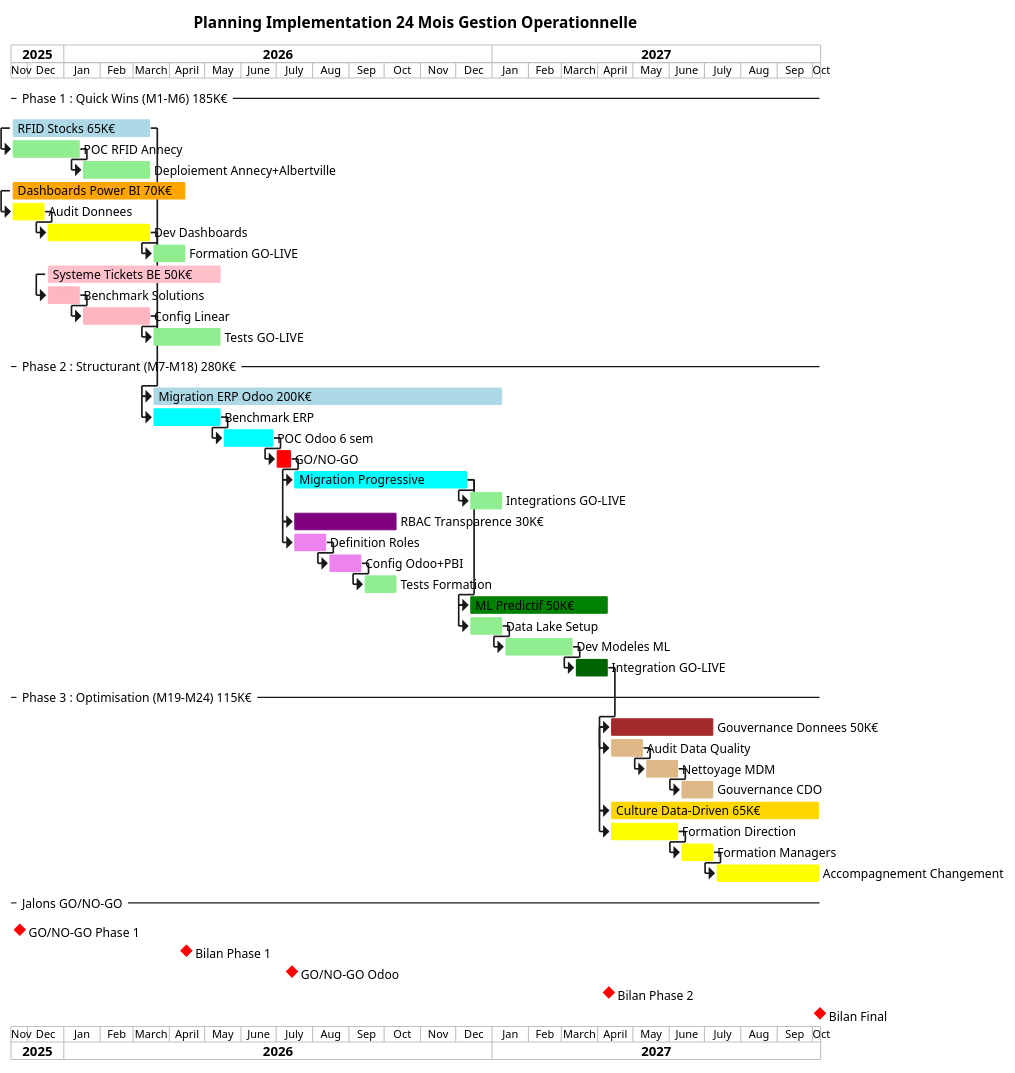
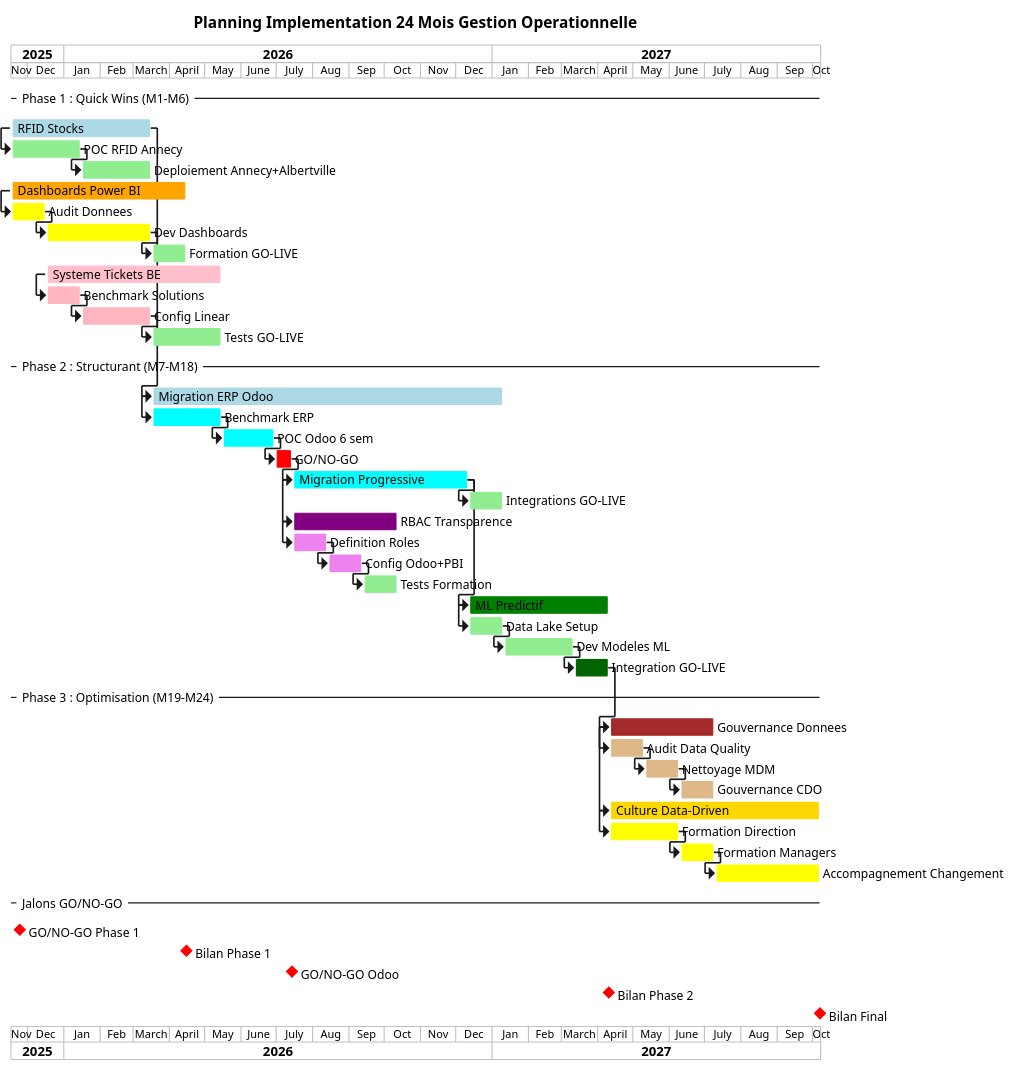
One commit to JordanSerafini/Audit_Duret changed the diagram in Gestion-Operationnelle/uml/11_gantt_planning.puml. Above: the diagram before and after it, drawn with PlantUML. The commit also changed 25 other files, not shown here.

```diff
--- a/Gestion-Operationnelle/uml/11_gantt_planning.puml
+++ b/Gestion-Operationnelle/uml/11_gantt_planning.puml
@@ -1,89 +1,89 @@
 @startgantt Gantt_Planning_Implementation
 
 title Planning Implementation 24 Mois Gestion Operationnelle
 
 printscale monthly
 
 project starts 2025-11-17
 
--- Phase 1 : Quick Wins (M1-M6) 185K€ --
+-- Phase 1 : Quick Wins (M1-M6) --
 
-[RFID Stocks 65K€] as [RFID] lasts 120 days and is colored in LightBlue
+[RFID Stocks] as [RFID] lasts 120 days and is colored in LightBlue
 [RFID] starts 2025-11-17
 
 [POC RFID Annecy] as [RFIDPOC] lasts 60 days and is colored in LightGreen and starts at [RFID]'s start
 [Deploiement Annecy+Albertville] as [RFIDDeploy] lasts 60 days and is colored in LightGreen and starts at [RFIDPOC]'s end
 
-[Dashboards Power BI 70K€] as [PBI] lasts 150 days and is colored in Orange
+[Dashboards Power BI] as [PBI] lasts 150 days and is colored in Orange
 [PBI] starts 2025-11-17
 
 [Audit Donnees] as [PBIAudit] lasts 30 days and is colored in Yellow and starts at [PBI]'s start
 [Dev Dashboards] as [PBIDev] lasts 90 days and is colored in Yellow and starts at [PBIAudit]'s end
 [Formation GO-LIVE] as [PBIGL] lasts 30 days and is colored in LightGreen and starts at [PBIDev]'s end
 
-[Systeme Tickets BE 50K€] as [Tickets] lasts 150 days and is colored in Pink
+[Systeme Tickets BE] as [Tickets] lasts 150 days and is colored in Pink
 [Tickets] starts 2025-12-17
 
 [Benchmark Solutions] as [TicketsBench] lasts 30 days and is colored in LightPink and starts at [Tickets]'s start
 [Config Linear] as [TicketsConfig] lasts 60 days and is colored in LightPink and starts at [TicketsBench]'s end
 [Tests GO-LIVE] as [TicketsGL] lasts 60 days and is colored in LightGreen and starts at [TicketsConfig]'s end
 
--- Phase 2 : Structurant (M7-M18) 280K€ --
+-- Phase 2 : Structurant (M7-M18) --
 
-[Migration ERP Odoo 200K€] as [Odoo] lasts 300 days and is colored in LightBlue
+[Migration ERP Odoo] as [Odoo] lasts 300 days and is colored in LightBlue
 [Odoo] starts at [RFID]'s end
 
 [Benchmark ERP] as [OdooBench] lasts 60 days and is colored in Cyan and starts at [Odoo]'s start
 [POC Odoo 6 sem] as [OdooPOC] lasts 45 days and is colored in Cyan and starts at [OdooBench]'s end
 [GO/NO-GO] as [OdooGO] lasts 15 days and is colored in Red and starts at [OdooPOC]'s end
 [Migration Progressive] as [OdooMigr] lasts 150 days and is colored in Cyan and starts at [OdooGO]'s end
 [Integrations GO-LIVE] as [OdooGL] lasts 30 days and is colored in LightGreen and starts at [OdooMigr]'s end
 
-[RBAC Transparence 30K€] as [RBAC] lasts 90 days and is colored in Purple
+[RBAC Transparence] as [RBAC] lasts 90 days and is colored in Purple
 [RBAC] starts at [OdooMigr]'s start
 
 [Definition Roles] as [RBACDef] lasts 30 days and is colored in Violet and starts at [RBAC]'s start
 [Config Odoo+PBI] as [RBACConfig] lasts 30 days and is colored in Violet and starts at [RBACDef]'s end
 [Tests Formation] as [RBACGL] lasts 30 days and is colored in LightGreen and starts at [RBACConfig]'s end
 
-[ML Predictif 50K€] as [ML] lasts 120 days and is colored in Green
+[ML Predictif] as [ML] lasts 120 days and is colored in Green
 [ML] starts at [OdooMigr]'s end
 
 [Data Lake Setup] as [MLSetup] lasts 30 days and is colored in LightGreen and starts at [ML]'s start
 [Dev Modeles ML] as [MLDev] lasts 60 days and is colored in LightGreen and starts at [MLSetup]'s end
 [Integration GO-LIVE] as [MLGL] lasts 30 days and is colored in DarkGreen and starts at [MLDev]'s end
 
--- Phase 3 : Optimisation (M19-M24) 115K€ --
+-- Phase 3 : Optimisation (M19-M24) --
 
-[Gouvernance Donnees 50K€] as [Gov] lasts 90 days and is colored in Brown
+[Gouvernance Donnees] as [Gov] lasts 90 days and is colored in Brown
 [Gov] starts at [MLGL]'s end
 
 [Audit Data Quality] as [GovAudit] lasts 30 days and is colored in BurlyWood and starts at [Gov]'s start
 [Nettoyage MDM] as [GovClean] lasts 30 days and is colored in BurlyWood and starts at [GovAudit]'s end
 [Gouvernance CDO] as [GovCDO] lasts 30 days and is colored in BurlyWood and starts at [GovClean]'s end
 
-[Culture Data-Driven 65K€] as [Culture] lasts 180 days and is colored in Gold
+[Culture Data-Driven] as [Culture] lasts 180 days and is colored in Gold
 [Culture] starts at [Gov]'s start
 
 [Formation Direction] as [CultureDir] lasts 60 days and is colored in Yellow and starts at [Culture]'s start
 [Formation Managers] as [CultureMgr] lasts 30 days and is colored in Yellow and starts at [CultureDir]'s end
 [Accompagnement Changement] as [CultureAcc] lasts 90 days and is colored in Yellow and starts at [CultureMgr]'s end
 
 -- Jalons GO/NO-GO --
 
 [GO/NO-GO Phase 1] as [Jalon1] happens at 2025-11-24
 [Jalon1] is colored in Red
 
 [Bilan Phase 1] as [Jalon2] happens at [PBIGL]'s end
 [Jalon2] is colored in Red
 
 [GO/NO-GO Odoo] as [Jalon3] happens at [OdooGO]'s end
 [Jalon3] is colored in Red
 
 [Bilan Phase 2] as [Jalon4] happens at [MLGL]'s end
 [Jalon4] is colored in Red
 
 [Bilan Final] as [Jalon5] happens at [CultureAcc]'s end
 [Jalon5] is colored in Red
 
 @endgantt
```
